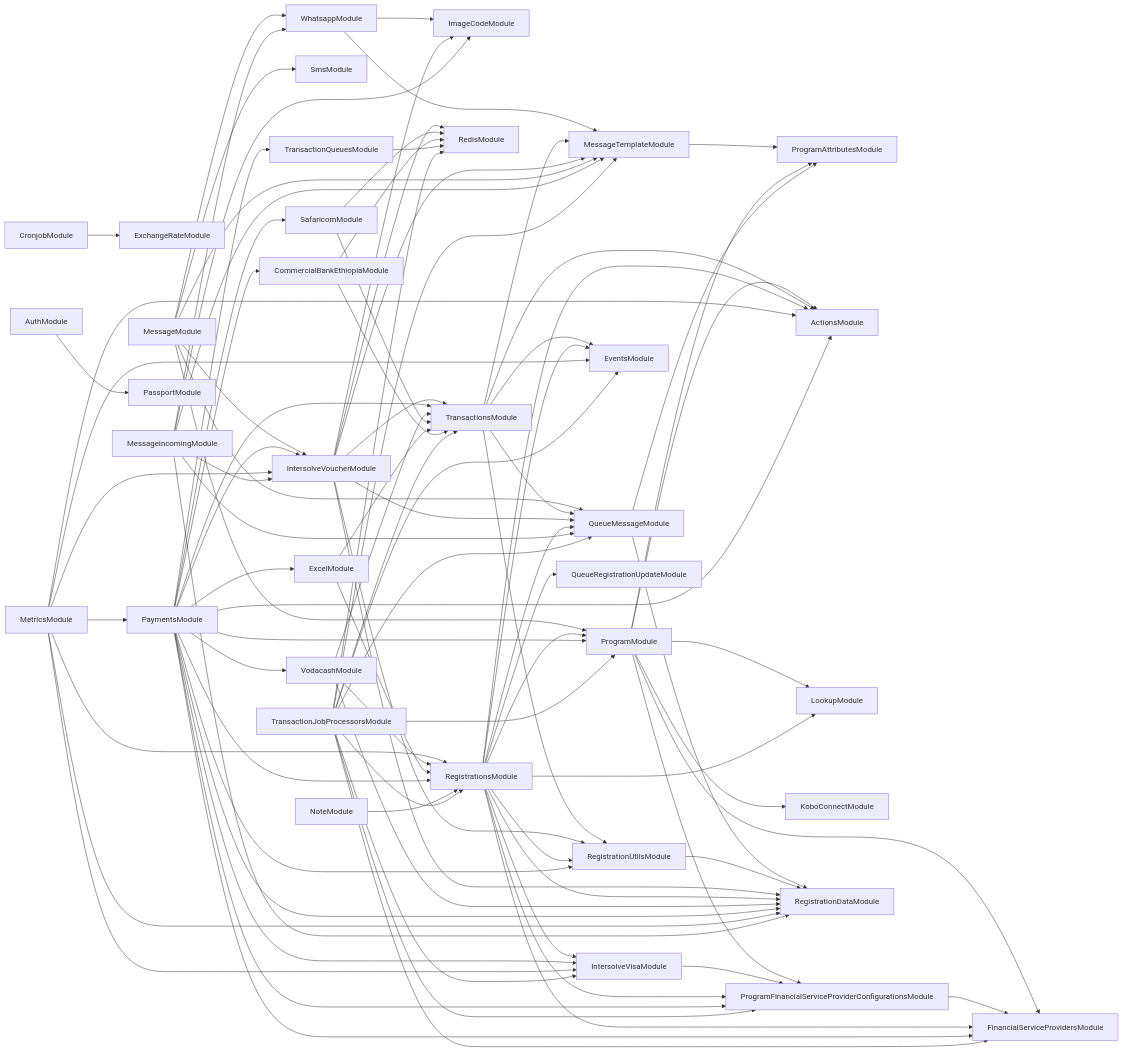
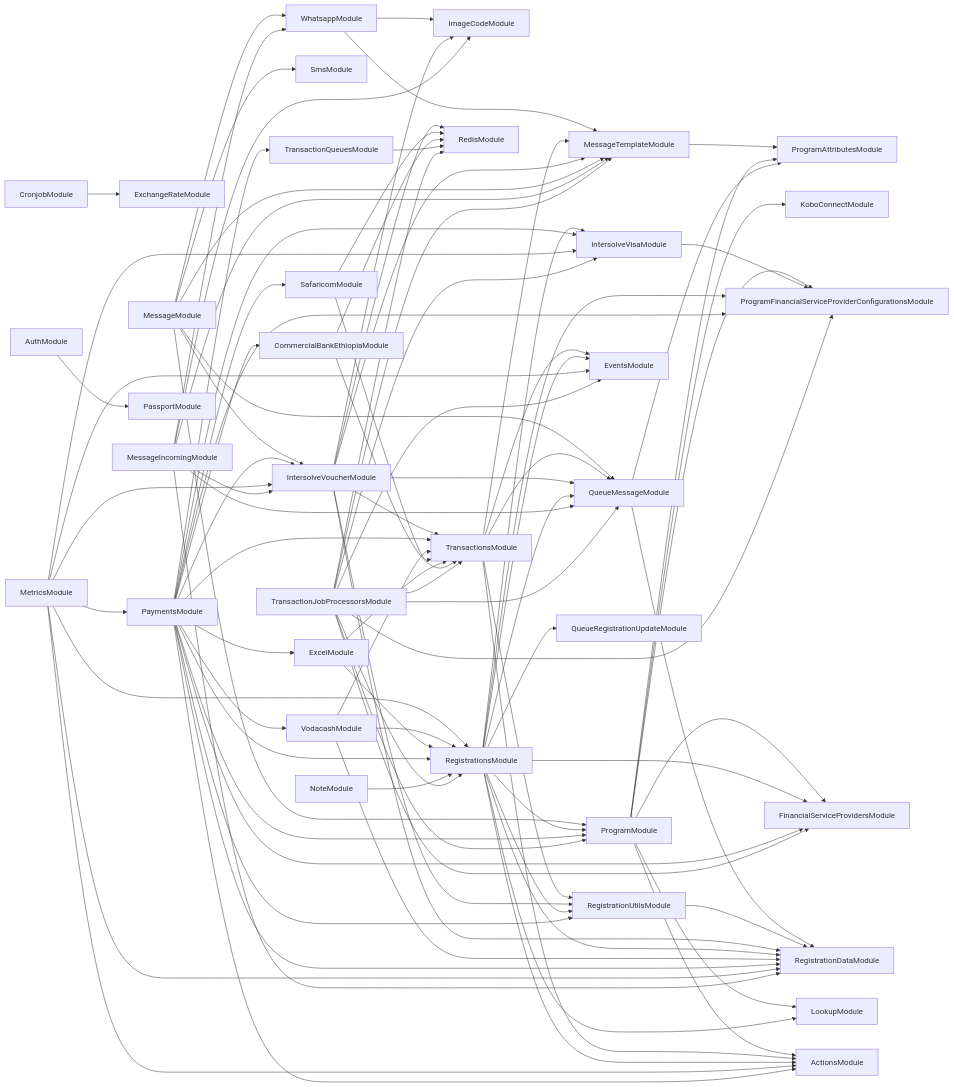
One commit to global-121/121-platform changed the diagram in services/121-service/module-dependencies.md. Above: the diagram before and after it, drawn with Mermaid. The commit also changed 20 other files, not shown here.

```diff
--- a/services/121-service/module-dependencies.md
+++ b/services/121-service/module-dependencies.md
@@ -10,7 +10,6 @@
   ProgramModule-->ProgramAttributesModule
   ProgramModule-->KoboConnectModule
   ProgramModule-->ProgramFinancialServiceProviderConfigurationsModule
-  ProgramFinancialServiceProviderConfigurationsModule-->FinancialServiceProvidersModule
   MessageModule-->WhatsappModule
   WhatsappModule-->ImageCodeModule
   WhatsappModule-->MessageTemplateModule
```
